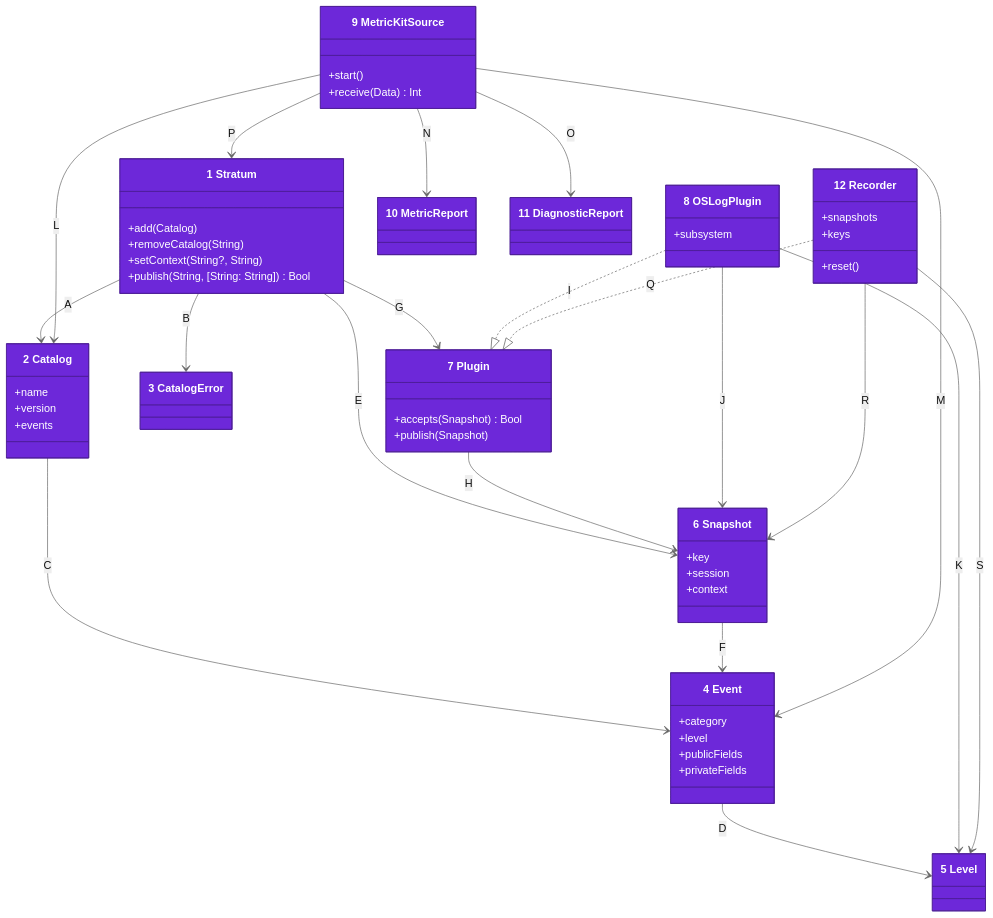
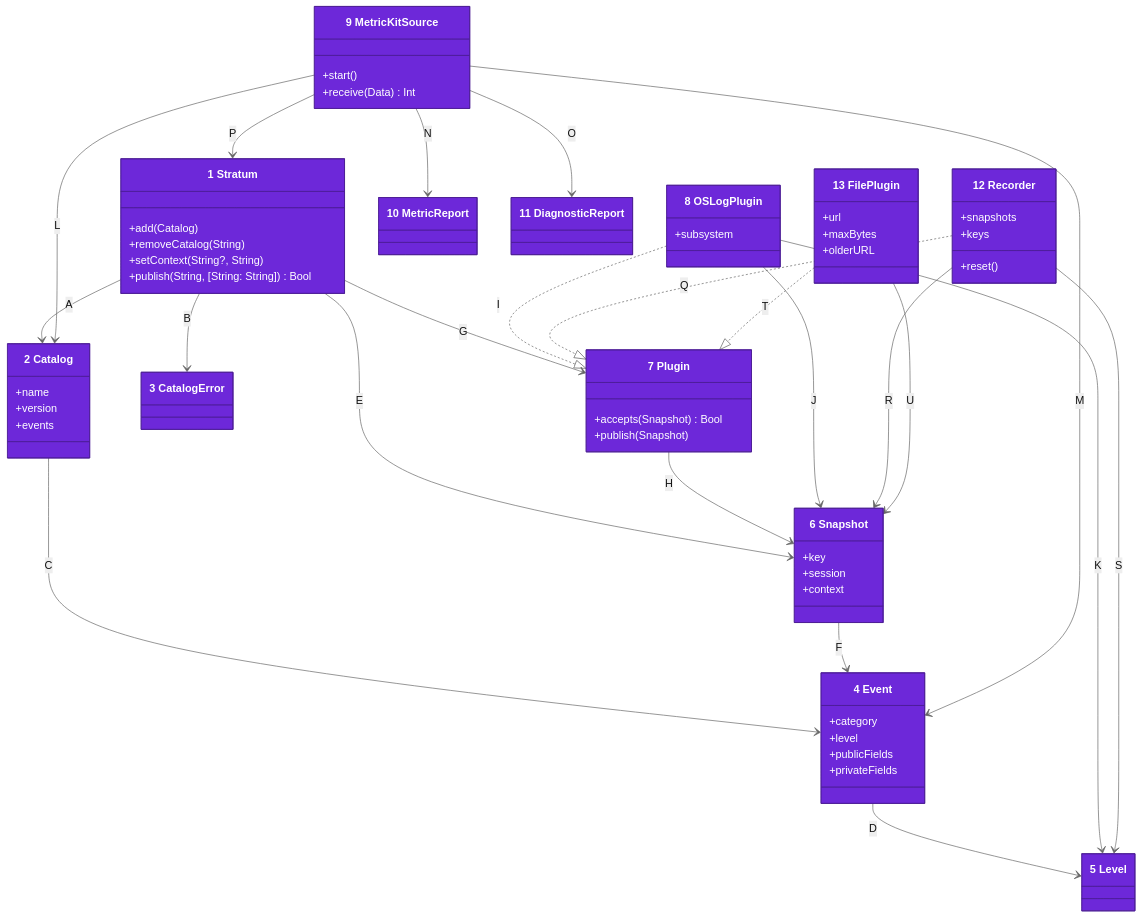
The first of 2 diagrams in docs/architecture/04-code.md (may-journal/Stratum-Observability-Swift), drawn with Mermaid (neutral theme) before and after one commit. The commit also changed other lines of this file and 8 other files, not shown here.

````diff
--- a/docs/architecture/04-code.md
+++ b/docs/architecture/04-code.md
@@ -41,6 +41,11 @@
     }
     class MetricReport["10 MetricReport"]
     class DiagnosticReport["11 DiagnosticReport"]
+    class FilePlugin["13 FilePlugin"] {
+        +url
+        +maxBytes
+        +olderURL
+    }
     class Recorder["12 Recorder"] {
         +snapshots
         +keys
@@ -66,6 +71,8 @@
     Recorder ..|> Plugin : Q
     Recorder --> Snapshot : R
     Recorder --> Level : S
+    FilePlugin ..|> Plugin : T
+    FilePlugin --> Snapshot : U
 
     style Stratum fill:#6d28d9,stroke:#4c1d95,color:#ffffff
     style Catalog fill:#6d28d9,stroke:#4c1d95,color:#ffffff
@@ -79,4 +86,5 @@
     style MetricReport fill:#6d28d9,stroke:#4c1d95,color:#ffffff
     style DiagnosticReport fill:#6d28d9,stroke:#4c1d95,color:#ffffff
     style Recorder fill:#6d28d9,stroke:#4c1d95,color:#ffffff
+    style FilePlugin fill:#6d28d9,stroke:#4c1d95,color:#ffffff
 ```
````
